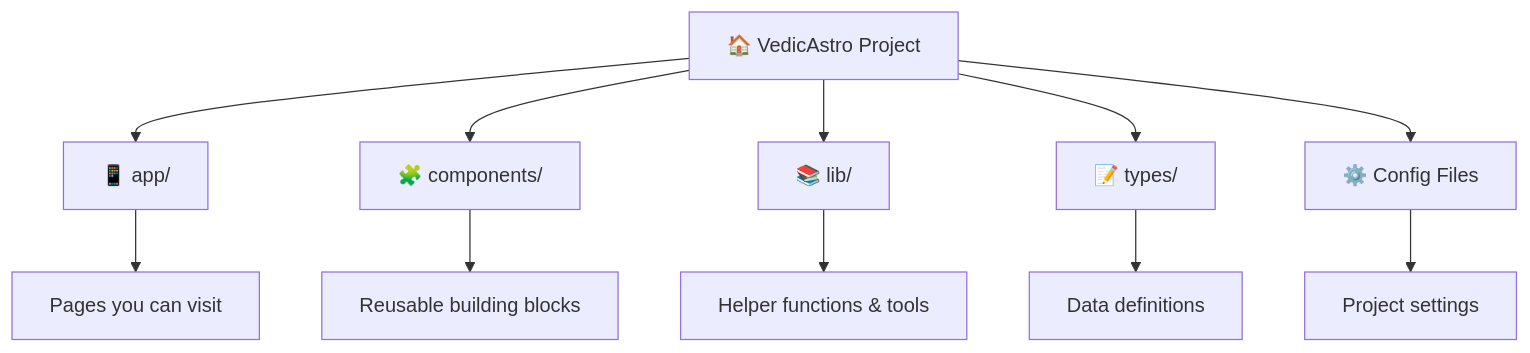
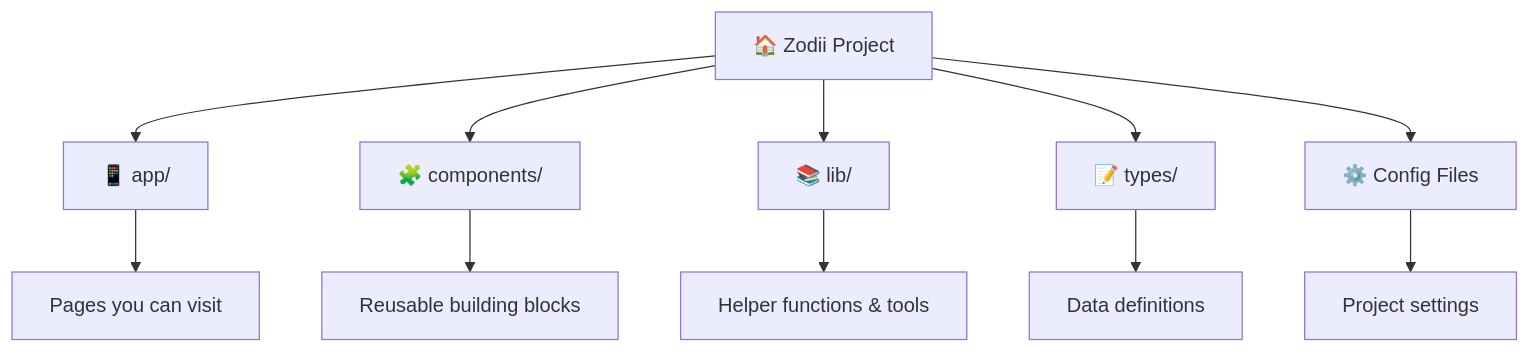
Before and after one commit to nitish4anand-commits/Vedicastro: the first of 6 diagrams in PROJECT_STRUCTURE.md, drawn with Mermaid. The commit also changed other lines of this file and 30 other files, not shown here.

````diff
--- a/PROJECT_STRUCTURE.md
+++ b/PROJECT_STRUCTURE.md
@@ -17,14 +17,14 @@
 ```mermaid
 graph TD
-    A[🏠 VedicAstro Project] --> B[📱 app/]
+    A[🏠 Zodii Project] --> B[📱 app/]
     A --> C[🧩 components/]
     A --> D[📚 lib/]
     A --> E[📝 types/]
     A --> F[⚙️ Config Files]
     
     B --> B1[Pages you can visit]
     C --> C1[Reusable building blocks]
     D --> D1[Helper functions & tools]
     E --> E1[Data definitions]
     F --> F1[Project settings]
 ```
````
